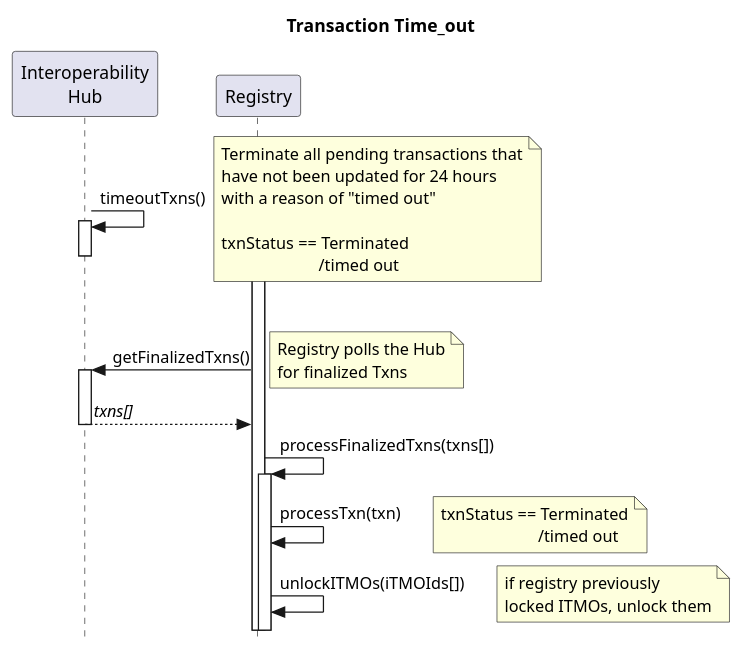
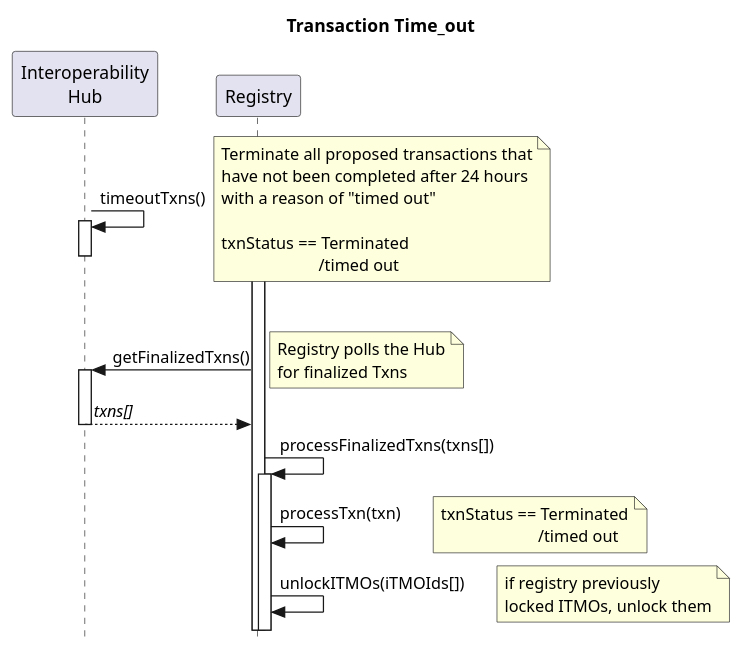
Before and after one commit to frankcnng/CARP: the diagram in diagrams/TxnTime_out_Sequence.puml, drawn with PlantUML.

Commit message:
Update TxnTime_out_Sequence.puml
Changed timeout from 24 hours between state changes to 24 hours between proposed to completed

```diff
--- a/diagrams/TxnTime_out_Sequence.puml
+++ b/diagrams/TxnTime_out_Sequence.puml
@@ -1,28 +1,28 @@
 @startuml TxnTime_out_Sequence
 
 title Transaction Time_out
 
 skinparam style strictuml
 
 participant "Interoperability\nHub" as Hub
 participant "Registry" as Reg
 
 Hub -> Hub++: timeoutTxns()
-note right: Terminate all pending transactions that\nhave not been updated for 24 hours\nwith a reason of "timed out"\n\ntxnStatus == Terminated\n                       /timed out
+note right: Terminate all proposed transactions that\nhave not been completed after 24 hours\nwith a reason of "timed out"\n\ntxnStatus == Terminated\n                       /timed out
 deactivate Hub
 
 activate Reg
 Reg -> Hub++: getFinalizedTxns()
   note right: Registry polls the Hub\nfor finalized Txns
   
 Reg <-- Hub: //txns[]//
 deactivate Hub
 
 Reg -> Reg: processFinalizedTxns(txns[])
 activate Reg
 Reg -> Reg: processTxn(txn)
 note right: txnStatus == Terminated\n                       /timed out
 Reg -> Reg: unlockITMOs(iTMOIds[])
 note right: if registry previously\nlocked ITMOs, unlock them
 
 @enduml
```
